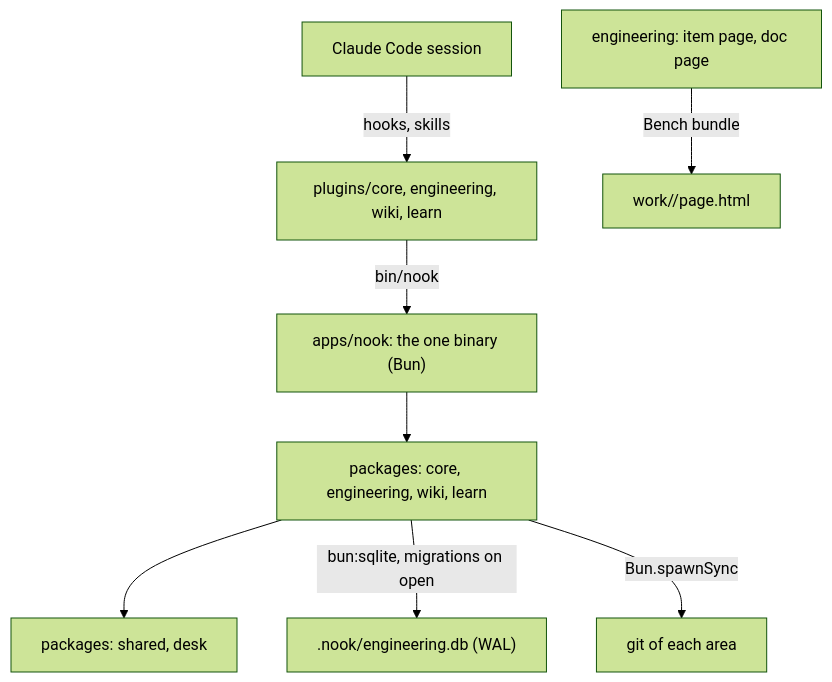
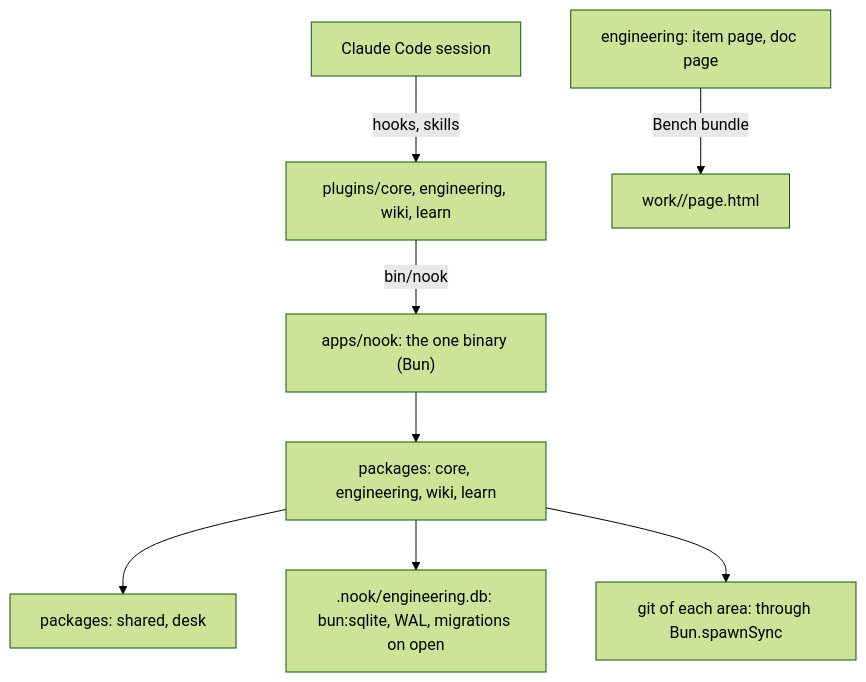
One commit to lamtran8401/nook changed the first of 3 diagrams in docs/plan/v0.3.md. Above: the diagram before and after it, drawn with Mermaid (forest theme). The commit also changed other lines of this file, not shown here.

First line of the commit message:
Shorten the edge labels of the plan diagrams so they never overlap

````diff
--- a/docs/plan/v0.3.md
+++ b/docs/plan/v0.3.md
@@ -9,10 +9,10 @@
 ```mermaid
 flowchart TB
   cc["Claude Code session"] -->|"hooks, skills"| plugins["plugins/core, engineering, wiki, learn"]
   plugins -->|"bin/nook"| app["apps/nook: the one binary (Bun)"]
   app --> packs["packages: core, engineering, wiki, learn"]
   packs --> base["packages: shared, desk"]
-  packs -->|"bun:sqlite, migrations on open"| ledger[".nook/engineering.db (WAL)"]
-  packs -->|"Bun.spawnSync"| git["git of each area"]
+  packs --> ledger[".nook/engineering.db: bun:sqlite, WAL, migrations on open"]
+  packs --> git["git of each area: through Bun.spawnSync"]
   eng["engineering: item page, doc page"] -->|"Bench bundle"| html["work/<id>/page.html"]
 ```
````
